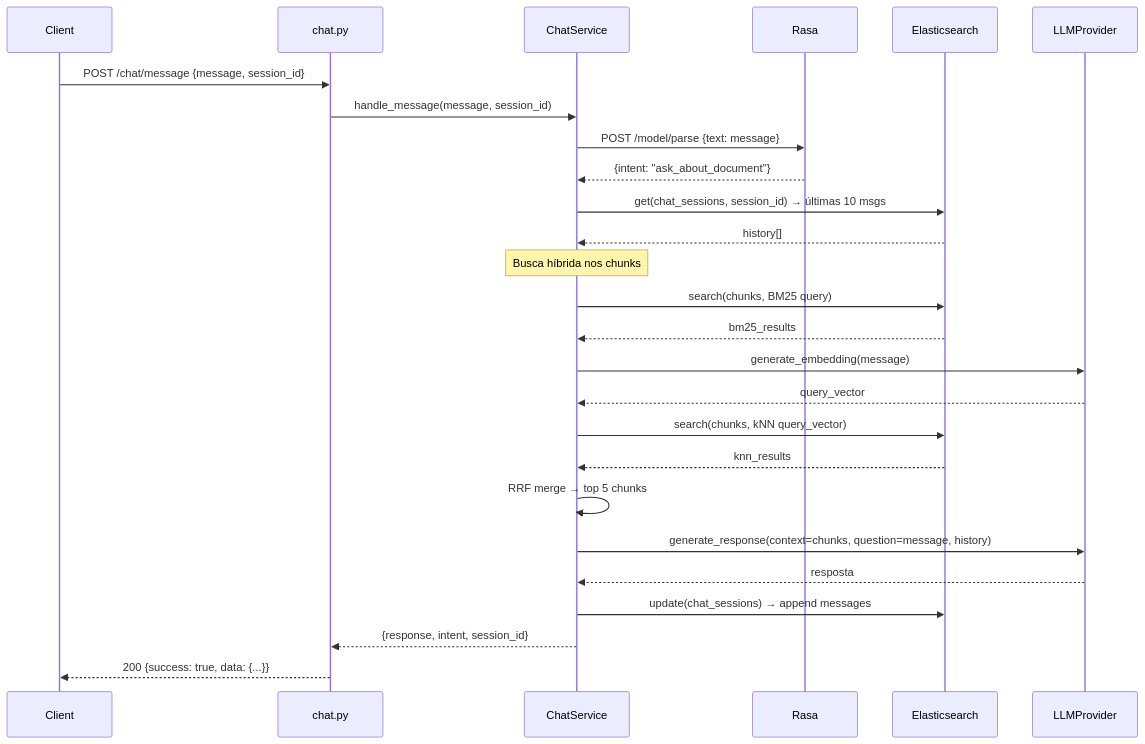
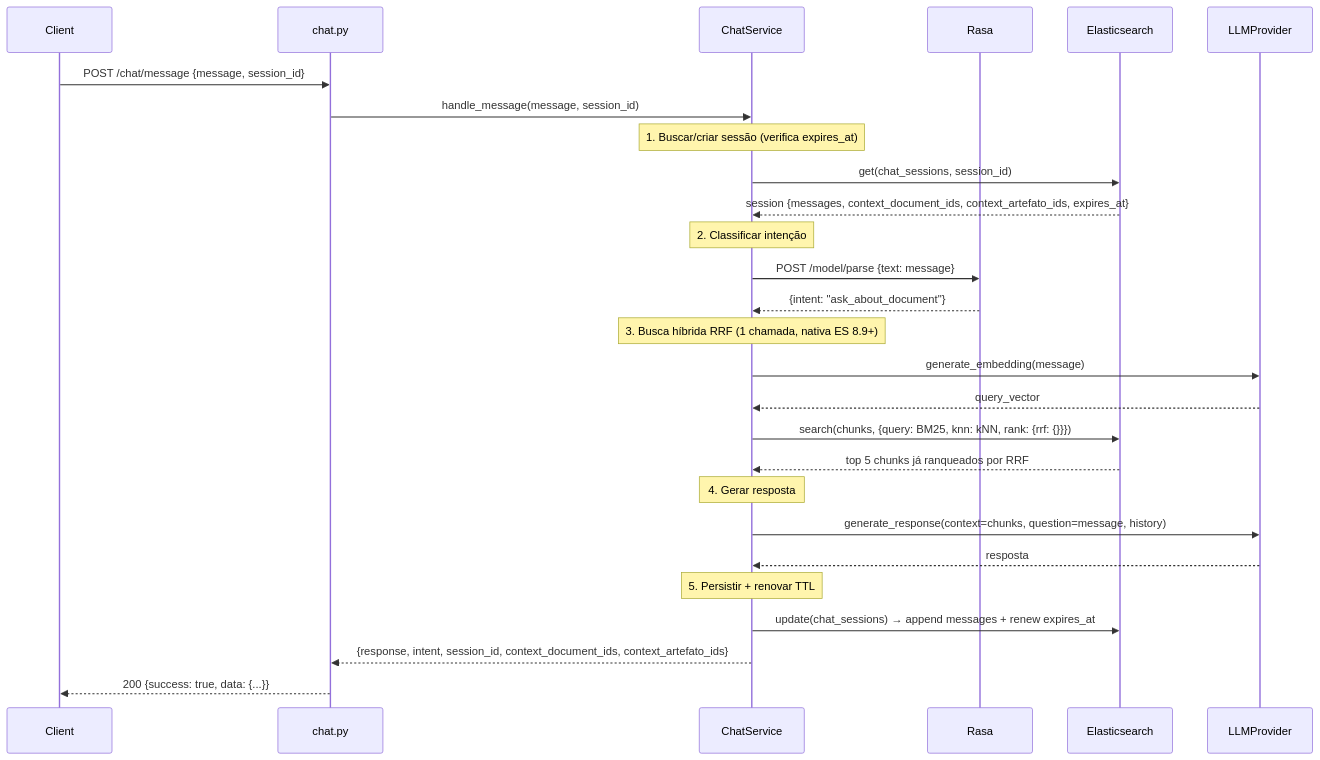
The third of 5 diagrams in specs/starter/init/design.md (thiagok2/iuna-api), drawn with Mermaid before and after one commit. The commit also changed other lines of this file and 16 other files, not shown here.

````diff
--- a/specs/starter/init/design.md
+++ b/specs/starter/init/design.md
@@ -2290,34 +2806,35 @@
 ```mermaid
 sequenceDiagram
     participant Client
     participant Router as chat.py
     participant Chat as ChatService
     participant Rasa
     participant ES as Elasticsearch
     participant LLM as LLMProvider
 
     Client->>Router: POST /chat/message {message, session_id}
     Router->>Chat: handle_message(message, session_id)
 
+    Note over Chat: 1. Buscar/criar sessão (verifica expires_at)
+    Chat->>ES: get(chat_sessions, session_id)
+    ES-->>Chat: session {messages, context_document_ids, context_artefato_ids, expires_at}
+
+    Note over Chat: 2. Classificar intenção
     Chat->>Rasa: POST /model/parse {text: message}
     Rasa-->>Chat: {intent: "ask_about_document"}
 
-    Chat->>ES: get(chat_sessions, session_id) → últimas 10 msgs
-    ES-->>Chat: history[]
-
-    Note over Chat: Busca híbrida nos chunks
-    Chat->>ES: search(chunks, BM25 query)
-    ES-->>Chat: bm25_results
+    Note over Chat: 3. Busca híbrida RRF (1 chamada, nativa ES 8.9+)
     Chat->>LLM: generate_embedding(message)
     LLM-->>Chat: query_vector
-    Chat->>ES: search(chunks, kNN query_vector)
-    ES-->>Chat: knn_results
-    Chat->>Chat: RRF merge → top 5 chunks
+    Chat->>ES: search(chunks, {query: BM25, knn: kNN, rank: {rrf: {}}})
+    ES-->>Chat: top 5 chunks já ranqueados por RRF
 
+    Note over Chat: 4. Gerar resposta
     Chat->>LLM: generate_response(context=chunks, question=message, history)
     LLM-->>Chat: resposta
 
-    Chat->>ES: update(chat_sessions) → append messages
-    Chat-->>Router: {response, intent, session_id}
+    Note over Chat: 5. Persistir + renovar TTL
+    Chat->>ES: update(chat_sessions) → append messages + renew expires_at
+    Chat-->>Router: {response, intent, session_id, context_document_ids, context_artefato_ids}
     Router-->>Client: 200 {success: true, data: {...}}
 ```
````
